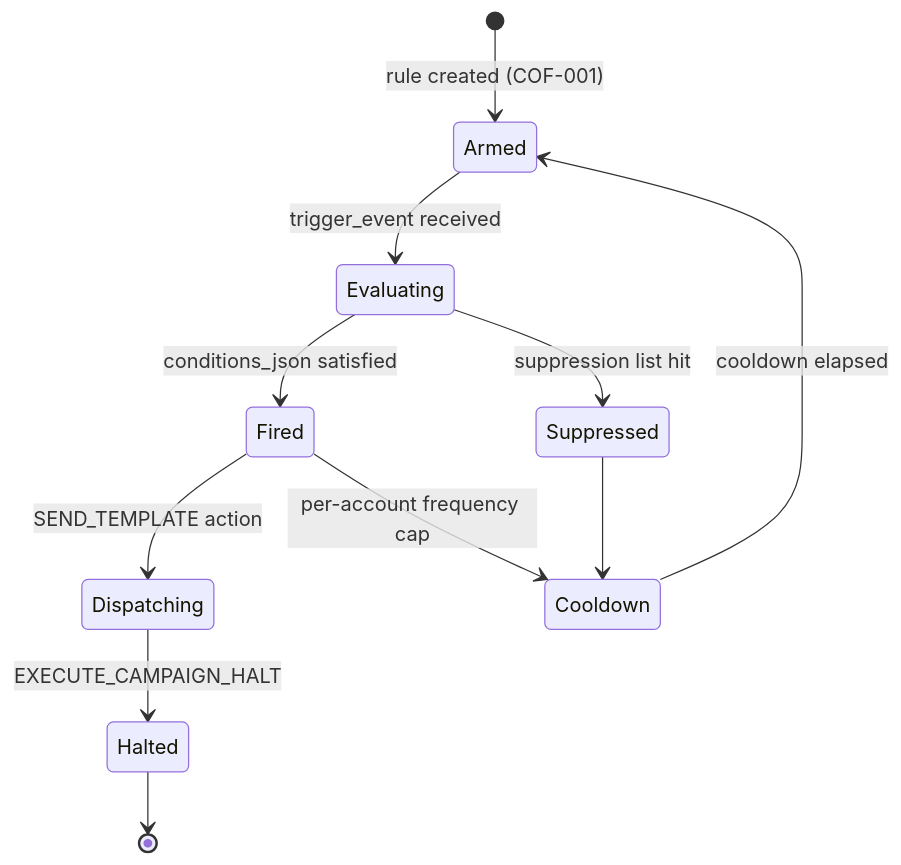
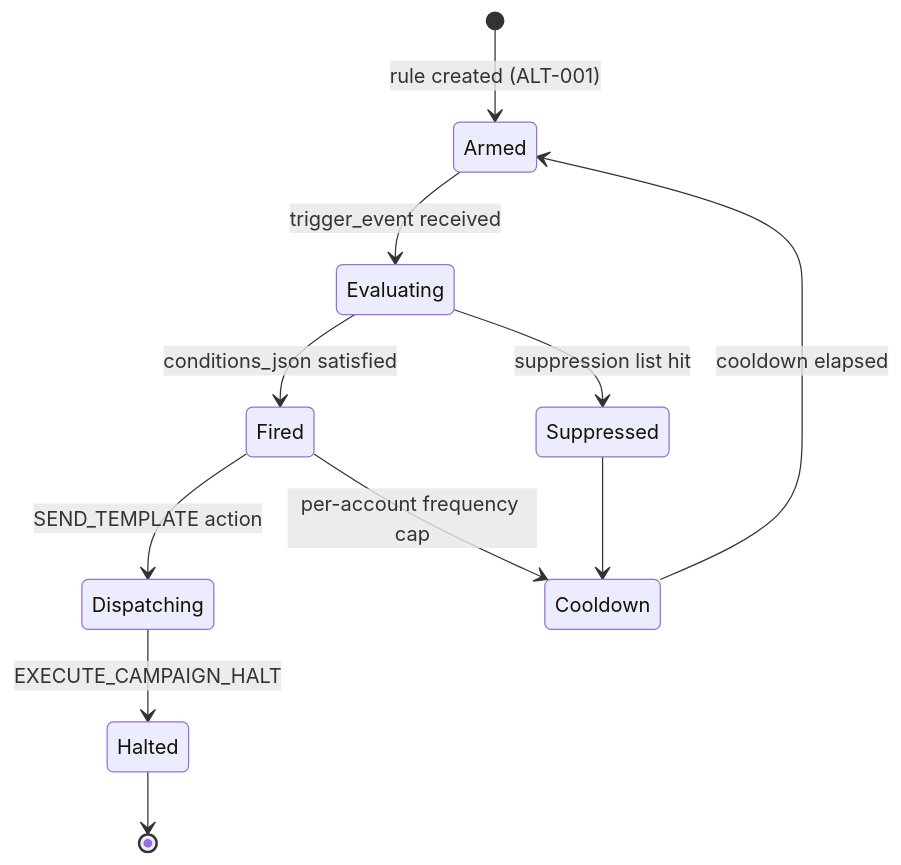
Before and after one commit to marcusdax/greensheet: the fifth of 8 diagrams in engineering/01-domain-model-event-storming.md, drawn with Mermaid. The commit also changed other lines of this file and 129 other files, not shown here.

````diff
--- a/engineering/01-domain-model-event-storming.md
+++ b/engineering/01-domain-model-event-storming.md
@@ -289,13 +289,13 @@
 ```mermaid
 stateDiagram-v2
-    [*] --> Armed : rule created (COF-001)
+    [*] --> Armed : rule created (ALT-001)
     Armed --> Evaluating : trigger_event received
     Evaluating --> Fired : conditions_json satisfied
     Evaluating --> Suppressed : suppression list hit
     Fired --> Dispatching : SEND_TEMPLATE action
     Dispatching --> Halted : EXECUTE_CAMPAIGN_HALT
     Fired --> Cooldown : per-account frequency cap
     Cooldown --> Armed : cooldown elapsed
     Halted --> [*]
     Suppressed --> Cooldown
 ```
````
